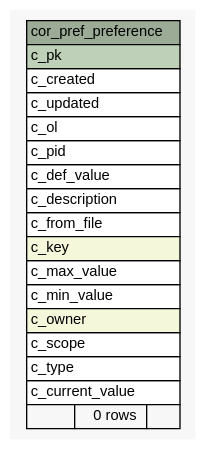
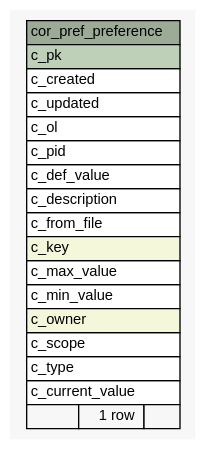
One commit to openwms/org.openwms.core.preferences.lib changed the diagram in 1.0.0-SNAPSHOT/schemaspy/diagrams/summary/cor_pref_preference.1degree.dot. Above: the diagram before and after it, drawn with Graphviz. The commit also changed 147 other files, not shown here.

```diff
--- a/1.0.0-SNAPSHOT/schemaspy/diagrams/summary/cor_pref_preference.1degree.dot
+++ b/1.0.0-SNAPSHOT/schemaspy/diagrams/summary/cor_pref_preference.1degree.dot
@@ -1,44 +1,44 @@
-// dot 2.43.0 on Linux 5.8.0-1036-azure
+// dot 2.43.0 on Linux 5.8.0-1039-azure
 // SchemaSpy rev Unknown
 digraph "cor_pref_preference" {
   graph [
     rankdir="RL"
     bgcolor="#f7f7f7"
     nodesep="0.18"
     ranksep="0.46"
     fontname="Helvetica"
     fontsize="11"
   ];
   node [
     fontname="Helvetica"
     fontsize="11"
     shape="plaintext"
   ];
   edge [
     arrowsize="0.8"
   ];
   "cor_pref_preference" [
     label=<
     <TABLE BORDER="0" CELLBORDER="1" CELLSPACING="0" BGCOLOR="#ffffff">
       <TR><TD COLSPAN="3" BGCOLOR="#9bab96" ALIGN="CENTER">cor_pref_preference</TD></TR>
       <TR><TD PORT="c_pk" COLSPAN="3" BGCOLOR="#bed1b8" ALIGN="LEFT">c_pk</TD></TR>
       <TR><TD PORT="c_created" COLSPAN="3" ALIGN="LEFT">c_created</TD></TR>
       <TR><TD PORT="c_updated" COLSPAN="3" ALIGN="LEFT">c_updated</TD></TR>
       <TR><TD PORT="c_ol" COLSPAN="3" ALIGN="LEFT">c_ol</TD></TR>
       <TR><TD PORT="c_pid" COLSPAN="3" ALIGN="LEFT">c_pid</TD></TR>
       <TR><TD PORT="c_def_value" COLSPAN="3" ALIGN="LEFT">c_def_value</TD></TR>
       <TR><TD PORT="c_description" COLSPAN="3" ALIGN="LEFT">c_description</TD></TR>
       <TR><TD PORT="c_from_file" COLSPAN="3" ALIGN="LEFT">c_from_file</TD></TR>
       <TR><TD PORT="c_key" COLSPAN="3" BGCOLOR="#f4f7da" ALIGN="LEFT">c_key</TD></TR>
       <TR><TD PORT="c_max_value" COLSPAN="3" ALIGN="LEFT">c_max_value</TD></TR>
       <TR><TD PORT="c_min_value" COLSPAN="3" ALIGN="LEFT">c_min_value</TD></TR>
       <TR><TD PORT="c_owner" COLSPAN="3" BGCOLOR="#f4f7da" ALIGN="LEFT">c_owner</TD></TR>
       <TR><TD PORT="c_scope" COLSPAN="3" ALIGN="LEFT">c_scope</TD></TR>
       <TR><TD PORT="c_type" COLSPAN="3" ALIGN="LEFT">c_type</TD></TR>
       <TR><TD PORT="c_current_value" COLSPAN="3" ALIGN="LEFT">c_current_value</TD></TR>
-      <TR><TD ALIGN="LEFT" BGCOLOR="#f7f7f7">  </TD><TD ALIGN="RIGHT" BGCOLOR="#f7f7f7">0 rows</TD><TD ALIGN="RIGHT" BGCOLOR="#f7f7f7">  </TD></TR>
+      <TR><TD ALIGN="LEFT" BGCOLOR="#f7f7f7">  </TD><TD ALIGN="RIGHT" BGCOLOR="#f7f7f7">1 row</TD><TD ALIGN="RIGHT" BGCOLOR="#f7f7f7">  </TD></TR>
     </TABLE>>
     URL="tables/cor_pref_preference.html"
     tooltip="cor_pref_preference"
   ];
 }
```
